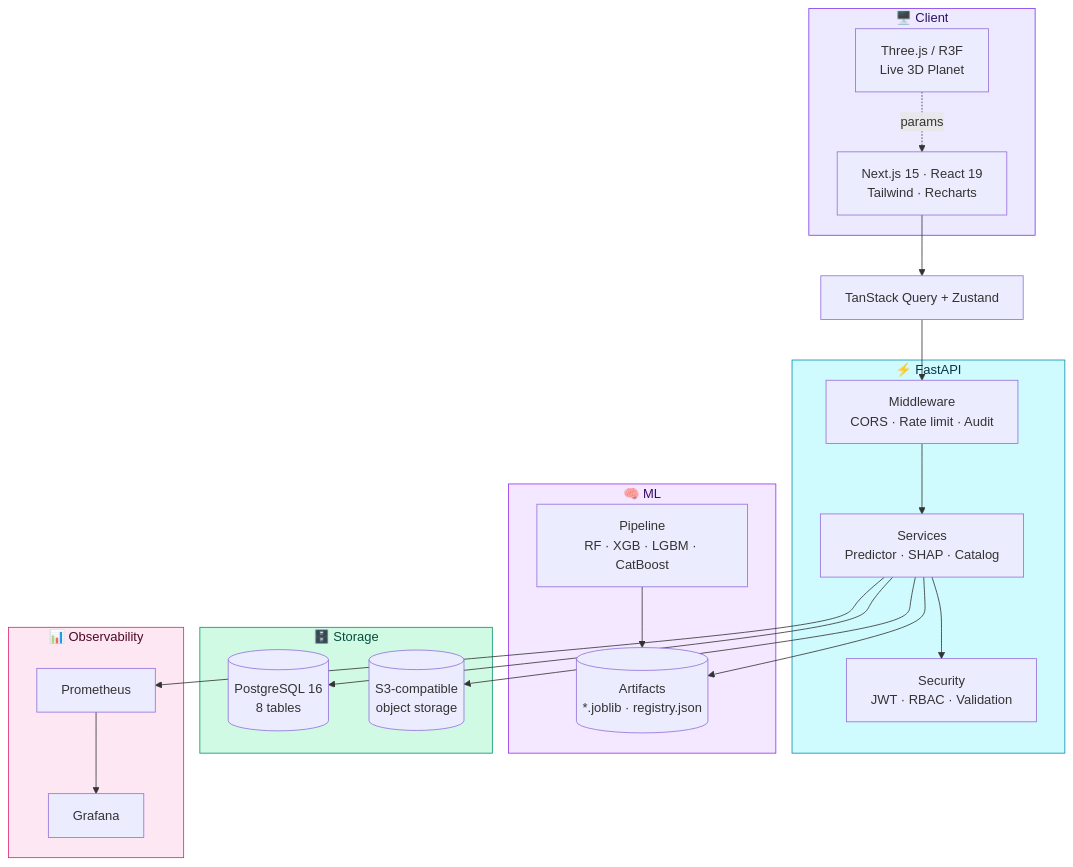
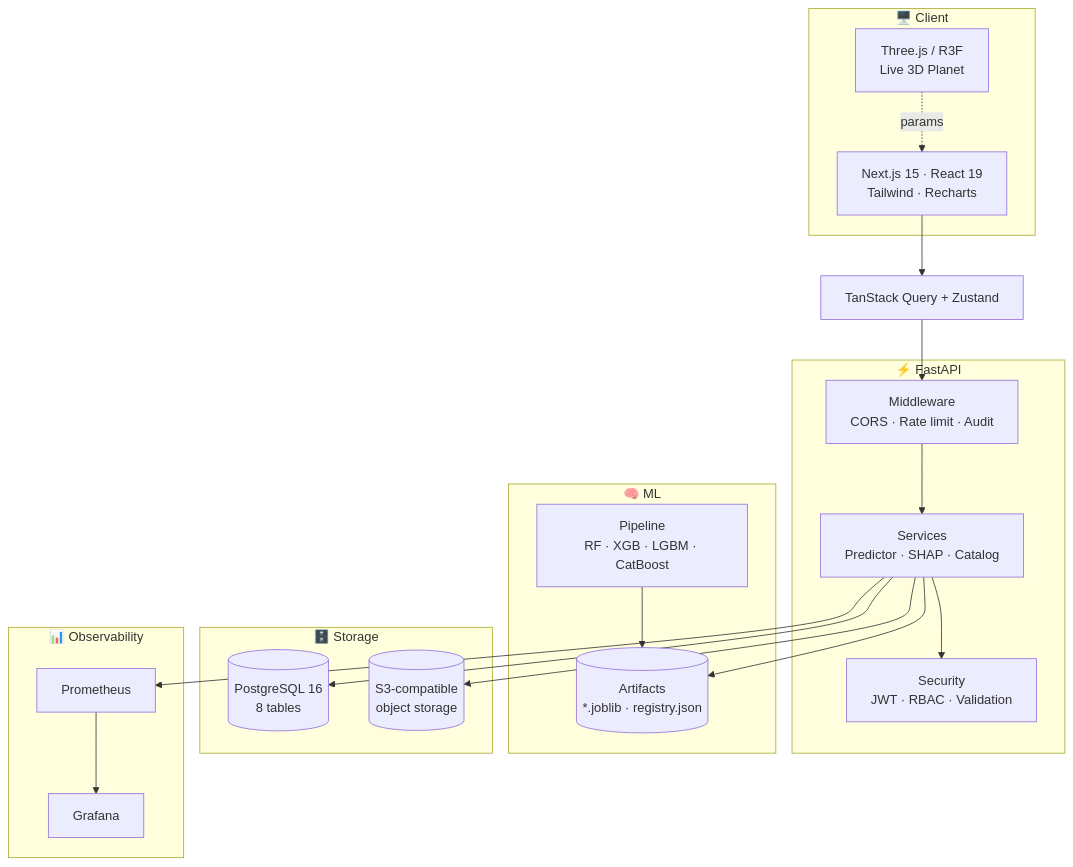
One commit to swadhinbiswas/AstroSynth changed the first of 3 diagrams in README.md. Above: the diagram before and after it, drawn with Mermaid. The commit also changed other lines of this file and 1 other file, not shown here.

Commit message:
docs: let GitHub theme-engine style mermaid diagrams for correct contrast in both themes

````diff
--- a/README.md
+++ b/README.md
@@ -137,38 +137,32 @@
 ```mermaid
 graph TB
     subgraph Client["🖥️ Client"]
         UI["Next.js 15 · React 19<br/>Tailwind · Recharts"]
         R3F["Three.js / R3F<br/>Live 3D Planet"]
     end
     subgraph API["⚡ FastAPI"]
         MW["Middleware<br/>CORS · Rate limit · Audit"]
         SVC["Services<br/>Predictor · SHAP · Catalog"]
         SEC["Security<br/>JWT · RBAC · Validation"]
     end
     subgraph ML["🧠 ML"]
         ART[("Artifacts<br/>*.joblib · registry.json")]
         PIPE["Pipeline<br/>RF · XGB · LGBM · CatBoost"]
     end
     subgraph Data["🗄️ Storage"]
         PG[("PostgreSQL 16<br/>8 tables")]
         OBJ[("S3-compatible<br/>object storage")]
     end
     subgraph Ops["📊 Observability"]
         PROM["Prometheus"] --> GRAF["Grafana"]
     end
 
     UI --> RQa["TanStack Query + Zustand"] --> MW --> SVC
     R3F -.params.-> UI
     SVC --> SEC
     SVC --> ART
     PIPE --> ART
     SVC --> PG
     SVC --> OBJ
     SVC --> PROM
-
-    style Client fill:#ede9fe,stroke:#7c3aed,color:#2e1065
-    style API fill:#cffafe,stroke:#0891b2,color:#083344
-    style ML fill:#f3e8ff,stroke:#9333ea,color:#3b0764
-    style Data fill:#d1fae5,stroke:#059669,color:#064e3b
-    style Ops fill:#fce7f3,stroke:#db2777,color:#500724
 ```
````
